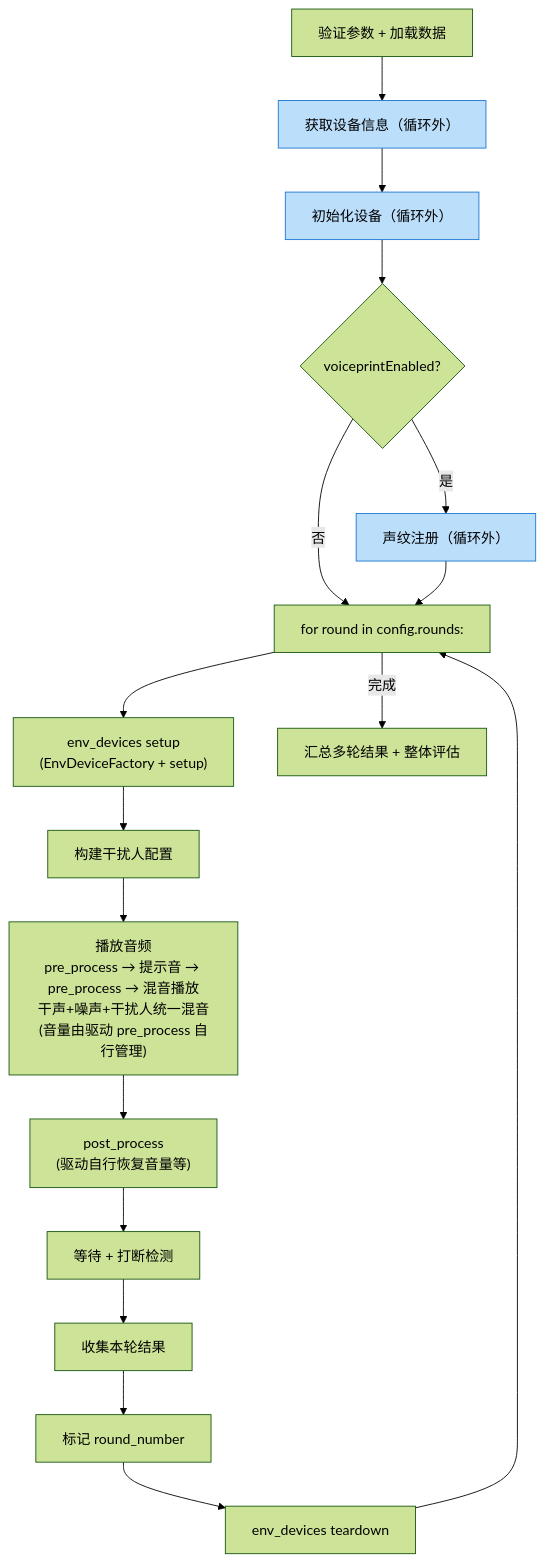
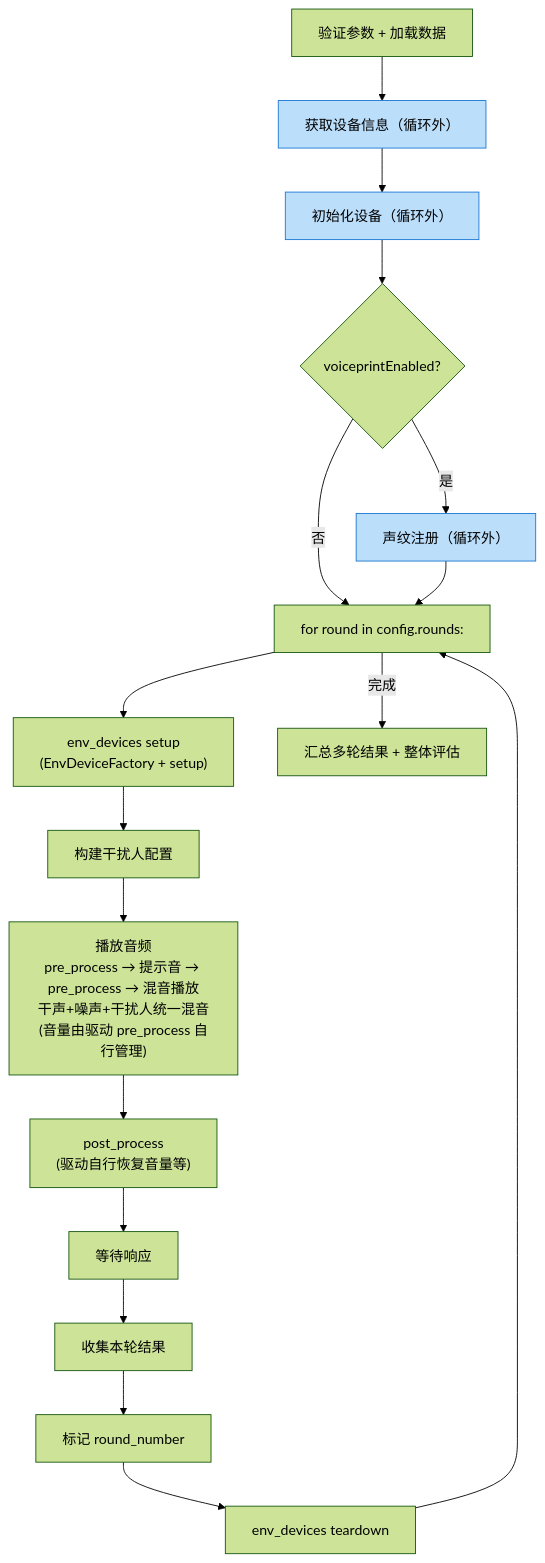
The diagram in Intelligent-Audio-TEST/doc/voice_llm/04_执行测试/backend/17_e2e_executor多轮循环.md (ydz-auto/intelligent_audio_test), drawn with Mermaid (forest theme) before and after one commit. The commit also changed other lines of this file and 59 other files, not shown here.

First line of the commit message:
fix(tag-view): 修复E2ETest/APITest页面标签视图不显示数据

````diff
--- a/Intelligent-Audio-TEST/doc/voice_llm/04_执行测试/backend/17_e2e_executor多轮循环.md
+++ b/Intelligent-Audio-TEST/doc/voice_llm/04_执行测试/backend/17_e2e_executor多轮循环.md
@@ -25,28 +25,28 @@
 ```mermaid
 graph TD
     A["验证参数 + 加载数据"] --> B["获取设备信息（循环外）"]
     B --> C["初始化设备（循环外）"]
     C --> D{"voiceprintEnabled?"}
     D -->|是| D1["声纹注册（循环外）"]
     D -->|否| E
     D1 --> E
 
     E["for round in config.rounds:"]
 
     E --> F["env_devices setup<br/>(EnvDeviceFactory + setup)"]
     F --> G["构建干扰人配置"]
 
     G --> H["播放音频<br/>pre_process → 提示音 → pre_process → 混音播放<br/>干声+噪声+干扰人统一混音<br/>(音量由驱动 pre_process 自行管理)"]
     H --> I["post_process<br/>(驱动自行恢复音量等)"]
-    I --> J["等待 + 打断检测"]
+    I --> J["等待响应"]
     J --> K["收集本轮结果"]
     K --> L["标记 round_number"]
     L --> M["env_devices teardown"]
     M --> E
 
     E -->|完成| Q["汇总多轮结果 + 整体评估"]
 
     style B fill:#bbdefb,stroke:#1976d2
     style C fill:#bbdefb,stroke:#1976d2
     style D1 fill:#bbdefb,stroke:#1976d2
 ```
````
